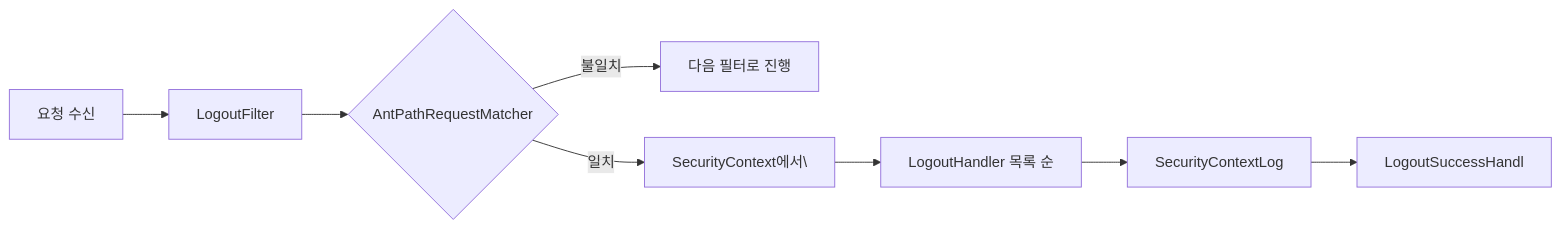
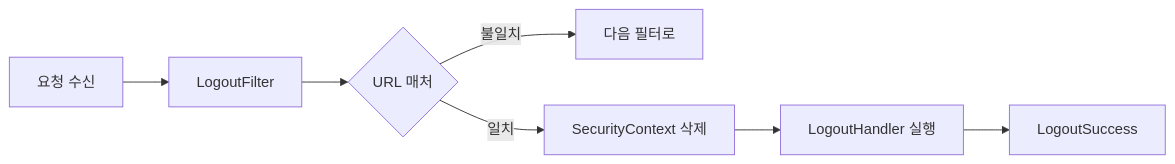
Before and after one commit to yjkim2015/yjkim2015.github.io: the second of 2 diagrams in _posts/security/2021-01-17-Logout.md, drawn with Mermaid. The commit also changed 245 other files, not shown here.

First line of the commit message:
Mermaid 다이어그램 전면 수정 + 면접 포인트 접기/펼치기 + DB 데드락 페이지

````diff
--- a/_posts/security/2021-01-17-Logout.md
+++ b/_posts/security/2021-01-17-Logout.md
@@ -115,10 +115,9 @@
 ```mermaid
 flowchart LR
     A["요청 수신"] --> B["LogoutFilter"]
-    B --> C{"AntPathRequestMatcher"}
-    C -- "불일치" --> D["다음 필터로 진행"]
-    C -- "일치" --> E["SecurityContext에서\"]
-    E --> F["LogoutHandler 목록 순"]
-    F --> G["SecurityContextLog"]
-    G --> H["LogoutSuccessHandl"]
+    B --> C{"URL 매처"}
+    C -- "불일치" --> D["다음 필터로"]
+    C -- "일치" --> E["SecurityContext 삭제"]
+    E --> F["LogoutHandler 실행"]
+    F --> G["LogoutSuccess"]
 ```
````
